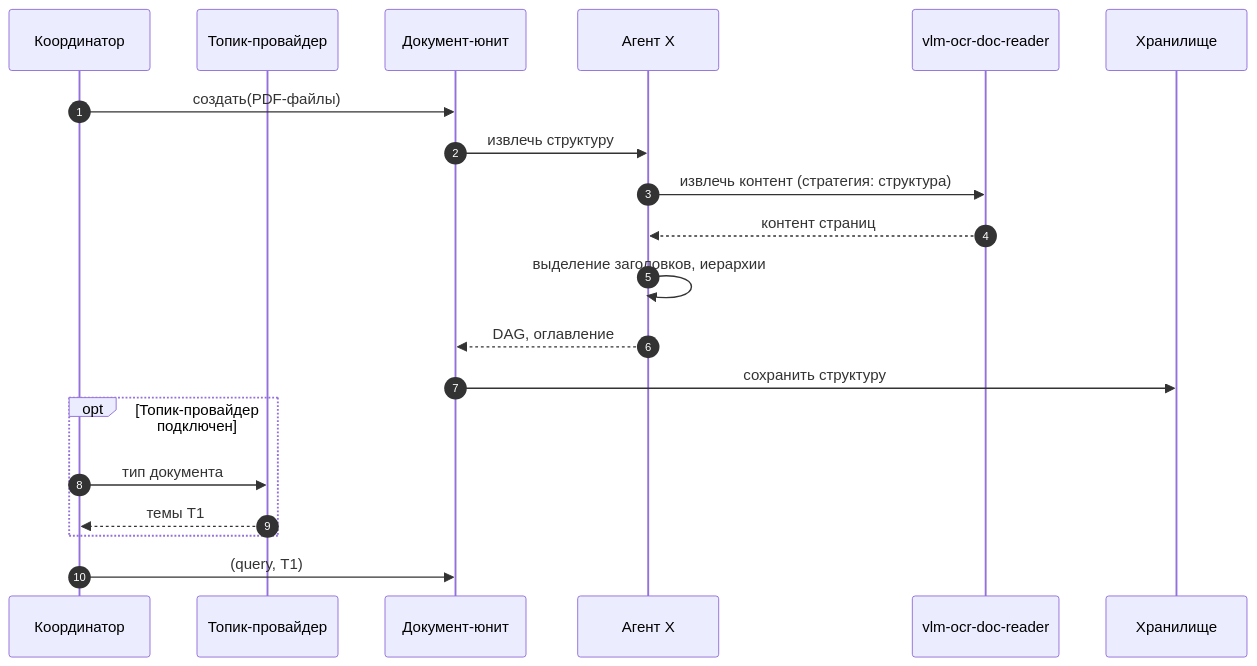
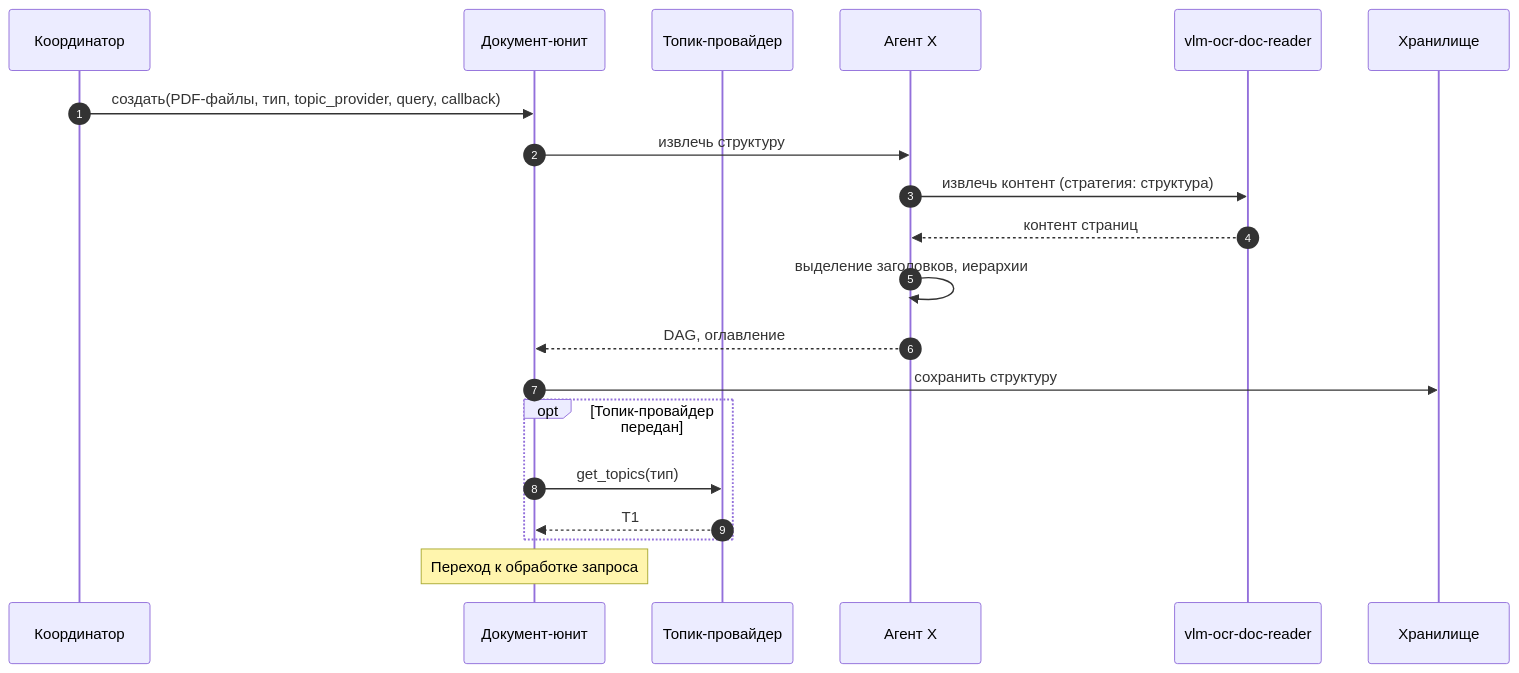
The fifth of 15 diagrams in 00_docs/architecture/ADPS_Architecture_L3.md (Dieugene/agentic-doc-processing), drawn with Mermaid before and after one commit. The commit also changed other lines of this file and 5 other files, not shown here.

First line of the commit message:
Refactor architecture documentation: consolidate L3, add overview and implementation phases

````diff
--- a/00_docs/architecture/ADPS_Architecture_L3.md
+++ b/00_docs/architecture/ADPS_Architecture_L3.md
@@ -241,25 +294,26 @@
 ```mermaid
 sequenceDiagram
     autonumber
     participant Coord as Координатор
+    participant Doc as Документ-юнит
     participant TP as Топик-провайдер
-    participant Doc as Документ-юнит
     participant X as Агент X
     participant VLM as vlm-ocr-doc-reader
     participant Store as Хранилище
 
-    Coord->>Doc: создать(PDF-файлы)
+    Coord->>Doc: создать(PDF-файлы, тип, topic_provider, query, callback)
+    
     Doc->>X: извлечь структуру
     X->>VLM: извлечь контент (стратегия: структура)
     VLM-->>X: контент страниц
     X->>X: выделение заголовков, иерархии
     X-->>Doc: DAG, оглавление
     Doc->>Store: сохранить структуру
     
-    opt Топик-провайдер подключен
-        Coord->>TP: тип документа
-        TP-->>Coord: темы Т1
+    opt Топик-провайдер передан
+        Doc->>TP: get_topics(тип)
+        TP-->>Doc: Т1
     end
     
-    Coord->>Doc: (query, Т1)
+    Note over Doc: Переход к обработке запроса
 ```
````
